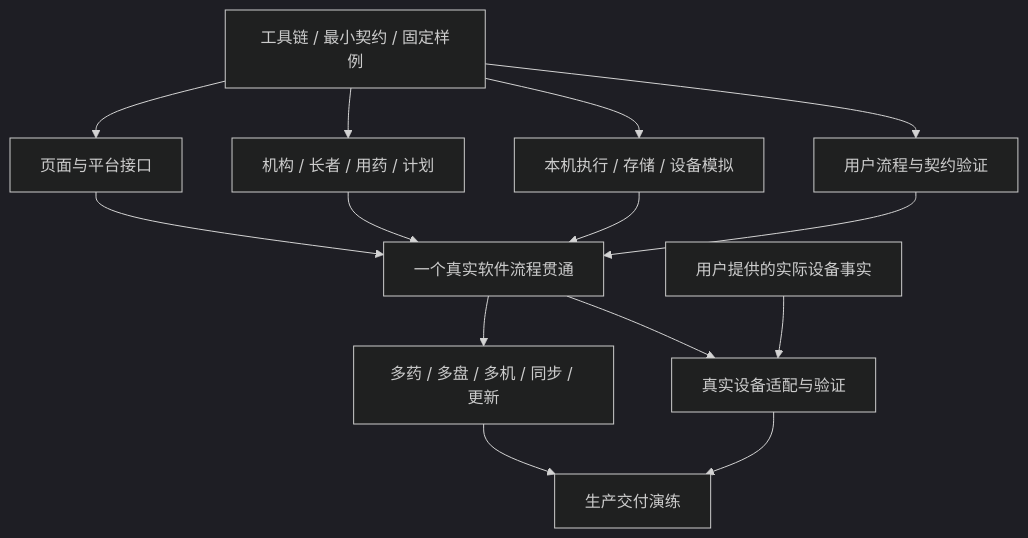
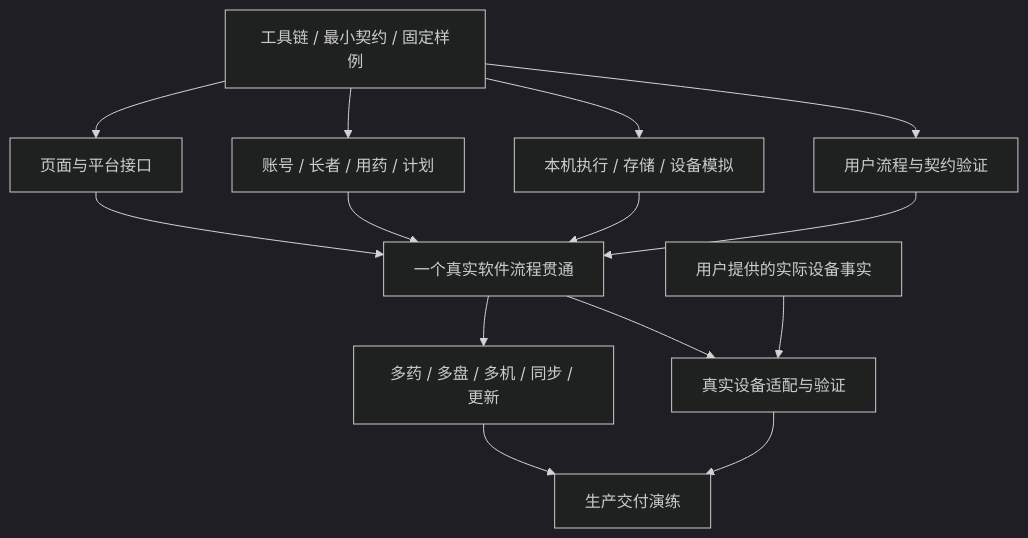
The first of 2 diagrams in docs/09-agent-development.md (ma-jiale/Pillxai), drawn with Mermaid (dark theme) before and after one commit. The commit also changed other lines of this file and 164 other files, not shown here.

````diff
--- a/docs/09-agent-development.md
+++ b/docs/09-agent-development.md
@@ -45,16 +47,16 @@
 ```mermaid
 flowchart TD
   Base[工具链 / 最小契约 / 固定样例] --> UI[页面与平台接口]
-  Base --> API[机构 / 长者 / 用药 / 计划]
+  Base --> API[账号 / 长者 / 用药 / 计划]
   Base --> Native[本机执行 / 存储 / 设备模拟]
   Base --> Verify[用户流程与契约验证]
   API --> Join[一个真实软件流程贯通]
   UI --> Join
   Native --> Join
   Verify --> Join
   Join --> Expand[多药 / 多盘 / 多机 / 同步 / 更新]
   Hardware[用户提供的实际设备事实] --> Real[真实设备适配与验证]
   Join --> Real
   Expand --> Delivery[生产交付演练]
   Real --> Delivery
 ```
````
